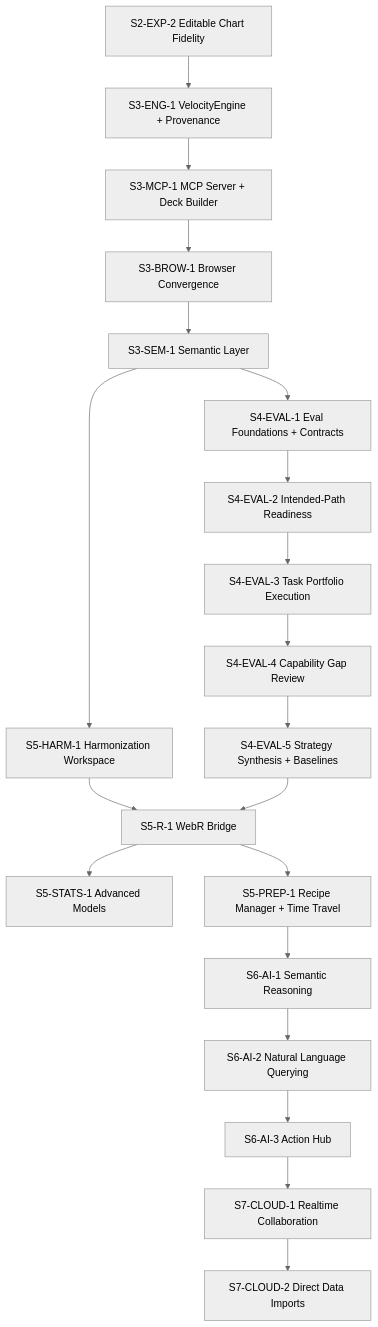
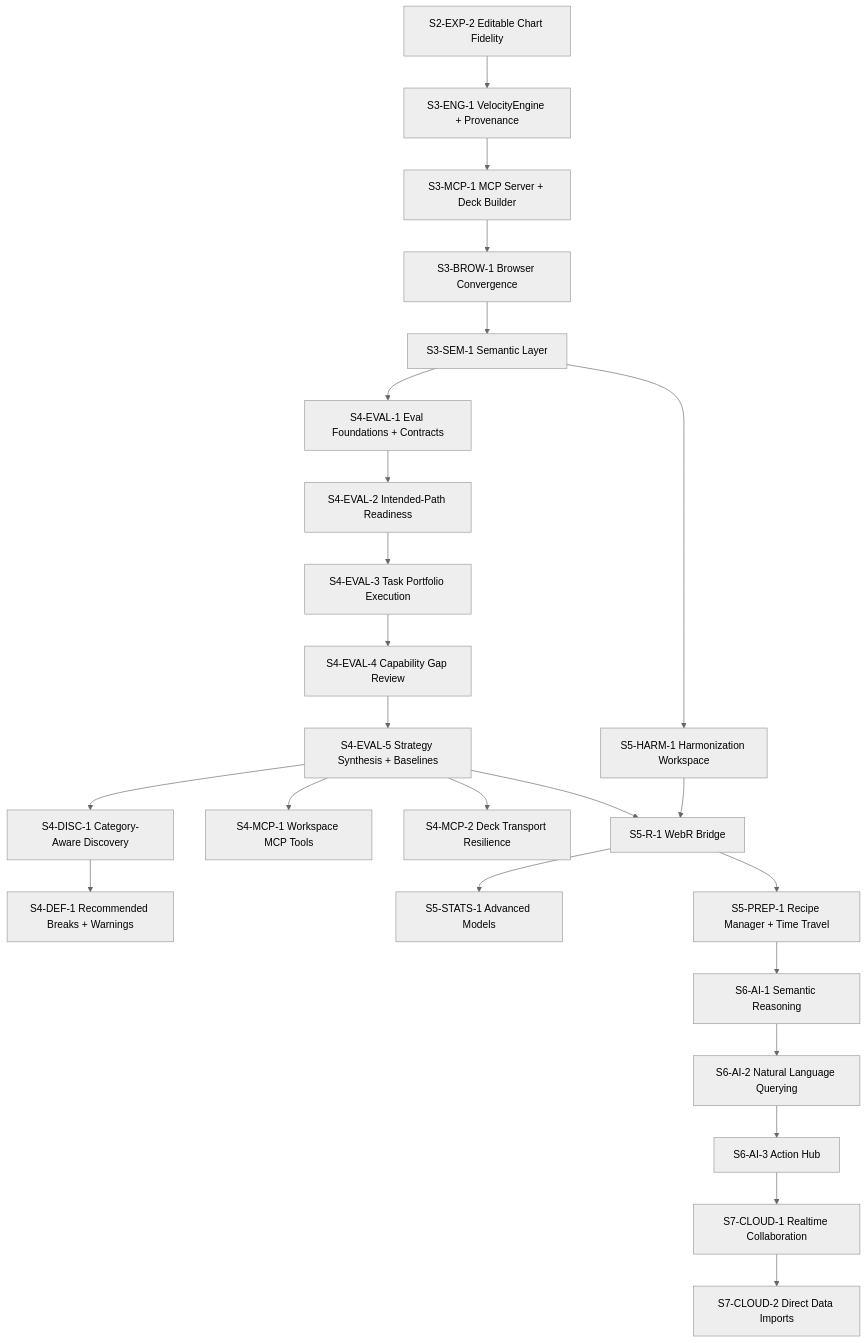
Before and after one commit to cbrown564-alt/Velocity: the diagram in docs/tracker_00_implementation_status.md, drawn with Mermaid (neutral theme). The commit also changed other lines of this file and 2 other files, not shown here.

First line of the commit message:
Complete S4-EVAL-5: Phase 4 synthesis, baselines frozen, roadmap reset

````diff
--- a/docs/tracker_00_implementation_status.md
+++ b/docs/tracker_00_implementation_status.md
@@ -33,26 +33,31 @@
 ```mermaid
 graph TD
   S2EXP2["S2-EXP-2 Editable Chart Fidelity"] --> S3ENG1["S3-ENG-1 VelocityEngine + Provenance"]
   S3ENG1 --> S3MCP1["S3-MCP-1 MCP Server + Deck Builder"]
   S3MCP1 --> S3BROW1["S3-BROW-1 Browser Convergence"]
   S3BROW1 --> S3SEM1["S3-SEM-1 Semantic Layer"]
 
   S3SEM1 --> S4EVAL1["S4-EVAL-1 Eval Foundations + Contracts"]
   S4EVAL1 --> S4EVAL2["S4-EVAL-2 Intended-Path Readiness"]
   S4EVAL2 --> S4EVAL3["S4-EVAL-3 Task Portfolio Execution"]
   S4EVAL3 --> S4EVAL4["S4-EVAL-4 Capability Gap Review"]
   S4EVAL4 --> S4EVAL5["S4-EVAL-5 Strategy Synthesis + Baselines"]
+
+  S4EVAL5 --> S4DISC1["S4-DISC-1 Category-Aware Discovery"]
+  S4EVAL5 --> S4MCP1["S4-MCP-1 Workspace MCP Tools"]
+  S4EVAL5 --> S4MCP2["S4-MCP-2 Deck Transport Resilience"]
+  S4DISC1 --> S4DEF1["S4-DEF-1 Recommended Breaks + Warnings"]
 
   S3SEM1 --> S5HARM1["S5-HARM-1 Harmonization Workspace"]
   S5HARM1 --> S5R1["S5-R-1 WebR Bridge"]
   S4EVAL5 --> S5R1
   S5R1 --> S5STATS1["S5-STATS-1 Advanced Models"]
   S5R1 --> S5PREP1["S5-PREP-1 Recipe Manager + Time Travel"]
 
   S5PREP1 --> S6AI1["S6-AI-1 Semantic Reasoning"]
   S6AI1 --> S6AI2["S6-AI-2 Natural Language Querying"]
   S6AI2 --> S6AI3["S6-AI-3 Action Hub"]
 
   S6AI3 --> S7CLOUD1["S7-CLOUD-1 Realtime Collaboration"]
   S7CLOUD1 --> S7CLOUD2["S7-CLOUD-2 Direct Data Imports"]
 ```
````
